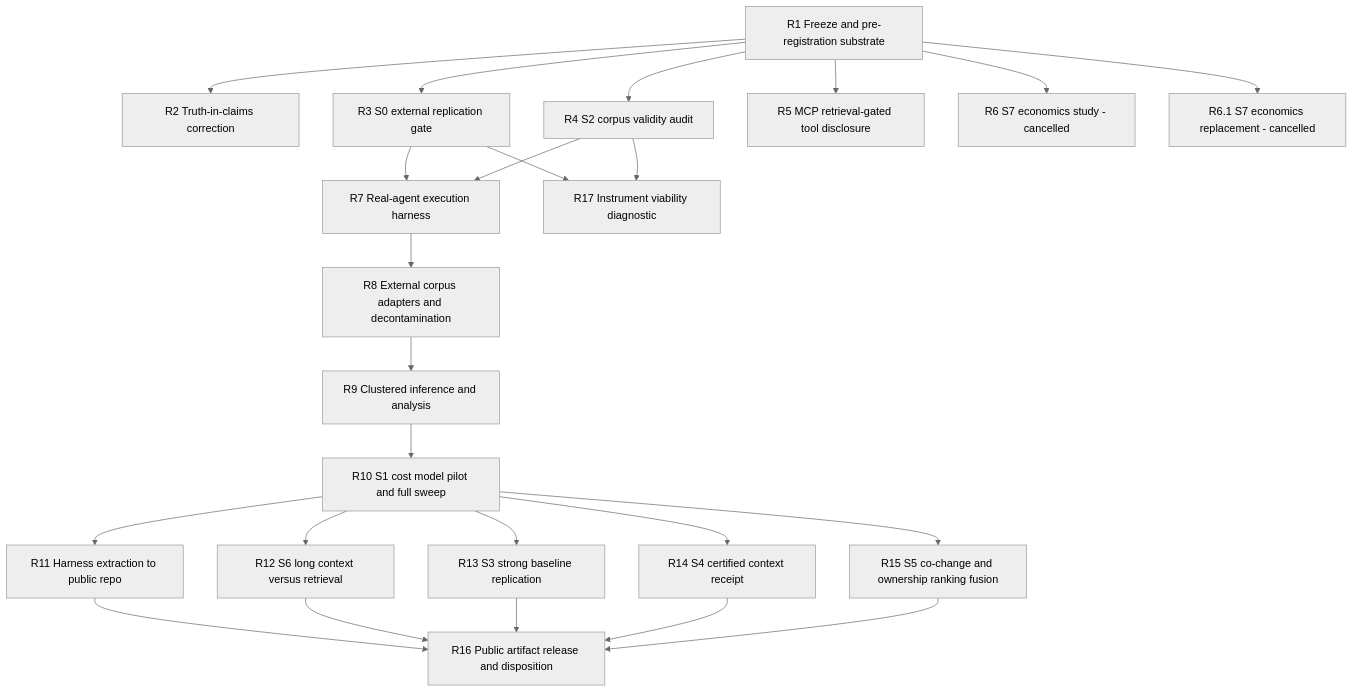
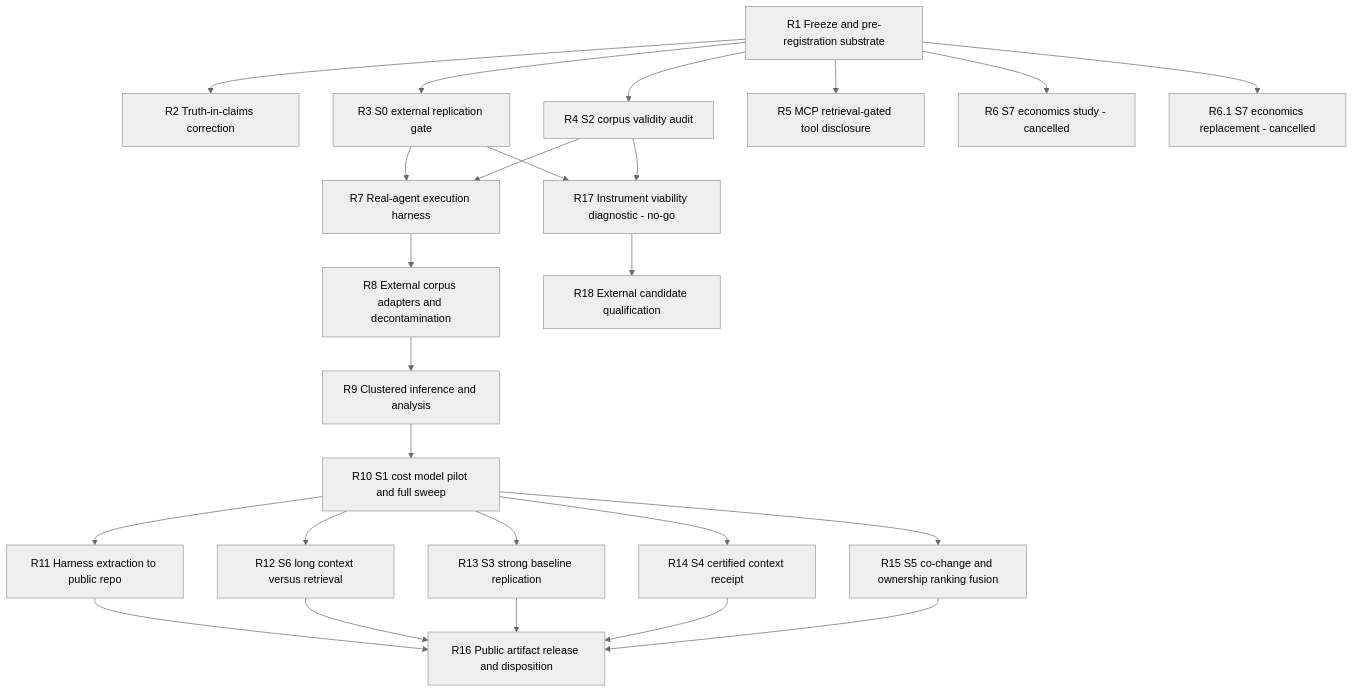
The first of 3 diagrams in .docs/DEVELOPMENT_PLAN.md (Mathews-Tom/archex), drawn with Mermaid (neutral theme) before and after one commit. The commit also changed other lines of this file and 1 other file, not shown here.

Commit message:
docs(plan): add R18 candidate qualification gate (#611)

````diff
--- a/.docs/DEVELOPMENT_PLAN.md
+++ b/.docs/DEVELOPMENT_PLAN.md
@@ -41,45 +41,47 @@
 ```mermaid
 graph TD
   R1[R1 Freeze and pre-registration substrate]
   R2[R2 Truth-in-claims correction]
   R3[R3 S0 external replication gate]
   R4[R4 S2 corpus validity audit]
   R5[R5 MCP retrieval-gated tool disclosure]
   R6[R6 S7 economics study - cancelled]
   R61[R6.1 S7 economics replacement - cancelled]
   R7[R7 Real-agent execution harness]
   R8[R8 External corpus adapters and decontamination]
   R9[R9 Clustered inference and analysis]
   R10[R10 S1 cost model pilot and full sweep]
   R11[R11 Harness extraction to public repo]
   R12[R12 S6 long context versus retrieval]
   R13[R13 S3 strong baseline replication]
   R14[R14 S4 certified context receipt]
   R15[R15 S5 co-change and ownership ranking fusion]
   R16[R16 Public artifact release and disposition]
-  R17[R17 Instrument viability diagnostic]
+  R17[R17 Instrument viability diagnostic - no-go]
+  R18[R18 External candidate qualification]
 
   R1 --> R2
   R1 --> R3
   R1 --> R4
   R1 --> R5
   R1 --> R6
   R1 --> R61
   R3 --> R7
   R4 --> R7
   R7 --> R8
   R8 --> R9
   R9 --> R10
   R10 --> R11
   R10 --> R12
   R10 --> R13
   R10 --> R14
   R10 --> R15
   R11 --> R16
   R12 --> R16
   R13 --> R16
   R14 --> R16
   R15 --> R16
   R3 --> R17
   R4 --> R17
+  R17 --> R18
 ```
````
